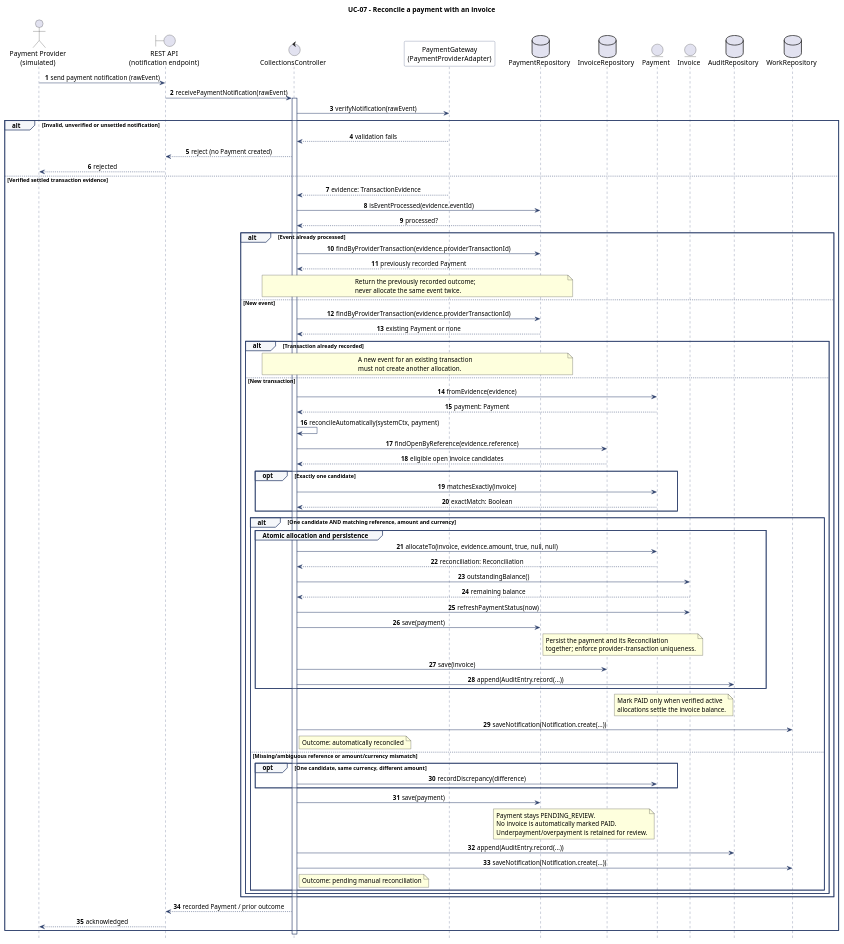
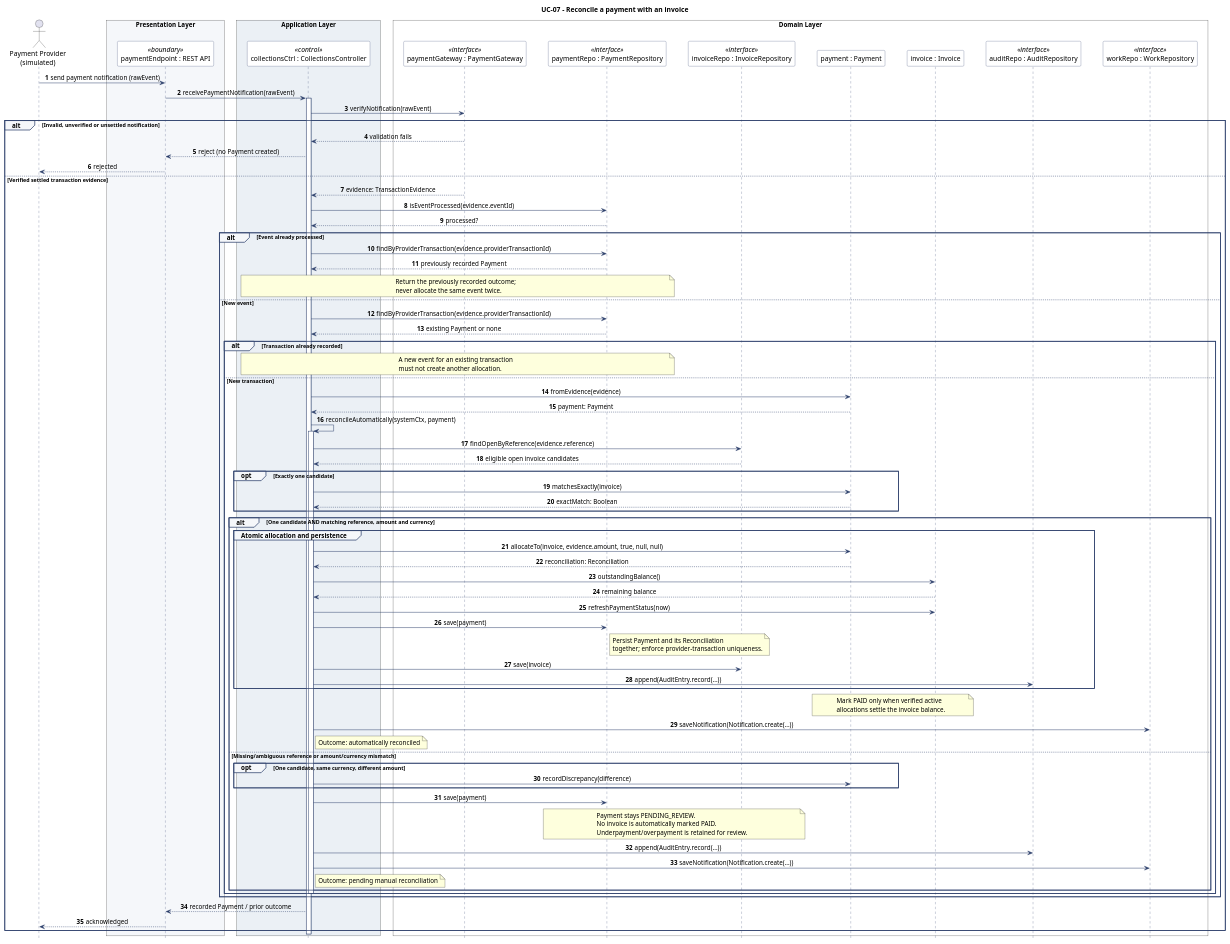
The diagram in doc/src/sequence-reconcile-payment.pu (atrevete-adap/adap-project), drawn with PlantUML before and after one commit.

Commit message:
fix: apply UML review corrections to payment sequence (#49)

```diff
--- a/doc/src/sequence-reconcile-payment.pu
+++ b/doc/src/sequence-reconcile-payment.pu
@@ -1,164 +1,155 @@
 @startuml sequence-reconcile-payment
 ' TurbineH - Submission 2 - Issue #49
-' Scenario: UC-07, validated notification from the simulated payment provider.
-' Based on class-diagram.pu (#45), component-diagram.pu (#46),
-' architecture.md (#43) and use-cases/UC-07.md.
+' UC-07: payment notification and reconciliation (simulated provider).
+' Consistent with domain #42, class #45, components #46 and PR #72 review.
 
 title UC-07 - Reconcile a payment with an invoice
 
 autonumber
 hide footbox
 skinparam shadowing false
 skinparam sequenceMessageAlign center
 skinparam ParticipantPadding 18
 skinparam BoxPadding 12
 skinparam responseMessageBelowArrow true
 
 skinparam sequence {
   ArrowColor #2B3E6A
   LifeLineBorderColor #2B3E6A
   ParticipantBorderColor #2B3E6A
   ParticipantBackgroundColor #FFFFFF
   GroupBorderColor #2B3E6A
   GroupBackgroundColor #F5F7FA
 }
 
-actor "Payment Provider\n(simulated)" as Provider
-boundary "REST API\n(notification endpoint)" as API
-control "CollectionsController" as Collections
-participant "PaymentGateway\n(PaymentProviderAdapter)" as Gateway
-database "PaymentRepository" as Payments
-database "InvoiceRepository" as Invoices
-entity "Payment" as PaymentEntity
-entity "Invoice" as InvoiceEntity
-database "AuditRepository" as Audit
-database "WorkRepository" as Work
+actor Provider as "Payment Provider\n(simulated)"
+
+box "Presentation Layer" #F5F7FA
+  participant API as "paymentEndpoint : REST API" <<boundary>>
+end box
+
+box "Application Layer" #EBF0F5
+  participant Collections as "collectionsCtrl : CollectionsController" <<control>>
+end box
+
+box "Domain Layer" #FFFFFF
+  participant Gateway as "paymentGateway : PaymentGateway" <<interface>>
+  participant Payments as "paymentRepo : PaymentRepository" <<interface>>
+  participant Invoices as "invoiceRepo : InvoiceRepository" <<interface>>
+  participant PaymentEntity as "payment : Payment"
+  participant InvoiceEntity as "invoice : Invoice"
+  participant Audit as "auditRepo : AuditRepository" <<interface>>
+  participant Work as "workRepo : WorkRepository" <<interface>>
+end box
 
 Provider -> API: send payment notification (rawEvent)
 API -> Collections: receivePaymentNotification(rawEvent)
 activate Collections
 
 Collections -> Gateway: verifyNotification(rawEvent)
 
 alt Invalid, unverified or unsettled notification
-
   Gateway --> Collections: validation fails
   Collections --> API: reject (no Payment created)
   API --> Provider: rejected
 
 else Verified settled transaction evidence
-
   Gateway --> Collections: evidence: TransactionEvidence
 
   Collections -> Payments: isEventProcessed(evidence.eventId)
   Payments --> Collections: processed?
 
   alt Event already processed
-
     Collections -> Payments: findByProviderTransaction(evidence.providerTransactionId)
     Payments --> Collections: previously recorded Payment
 
     note over Collections,Payments
       Return the previously recorded outcome;
       never allocate the same event twice.
     end note
 
   else New event
-
     Collections -> Payments: findByProviderTransaction(evidence.providerTransactionId)
     Payments --> Collections: existing Payment or none
 
     alt Transaction already recorded
-
       note over Collections,Payments
         A new event for an existing transaction
         must not create another allocation.
       end note
 
     else New transaction
-
       Collections -> PaymentEntity: fromEvidence(evidence)
       PaymentEntity --> Collections: payment: Payment
 
       Collections -> Collections: reconcileAutomatically(systemCtx, payment)
+      activate Collections
 
       Collections -> Invoices: findOpenByReference(evidence.reference)
       Invoices --> Collections: eligible open invoice candidates
 
       opt Exactly one candidate
-
         Collections -> PaymentEntity: matchesExactly(invoice)
         PaymentEntity --> Collections: exactMatch: Boolean
-
       end
 
       alt One candidate AND matching reference, amount and currency
-
         group Atomic allocation and persistence
-
           Collections -> PaymentEntity: allocateTo(invoice, evidence.amount, true, null, null)
           PaymentEntity --> Collections: reconciliation: Reconciliation
 
           Collections -> InvoiceEntity: outstandingBalance()
           InvoiceEntity --> Collections: remaining balance
-
           Collections -> InvoiceEntity: refreshPaymentStatus(now)
 
           Collections -> Payments: save(payment)
 
           note right of Payments
-            Persist the payment and its Reconciliation
+            Persist Payment and its Reconciliation
             together; enforce provider-transaction uniqueness.
           end note
 
           Collections -> Invoices: save(invoice)
-
           Collections -> Audit: append(AuditEntry.record(...))
-
         end
 
         note over PaymentEntity,InvoiceEntity
           Mark PAID only when verified active
           allocations settle the invoice balance.
         end note
 
         Collections -> Work: saveNotification(Notification.create(...))
 
         note right of Collections: Outcome: automatically reconciled
 
       else Missing/ambiguous reference or amount/currency mismatch
 
         opt One candidate, same currency, different amount
-
           Collections -> PaymentEntity: recordDiscrepancy(difference)
-
         end
 
         Collections -> Payments: save(payment)
 
         note over Payments,Invoices
           Payment stays PENDING_REVIEW.
           No invoice is automatically marked PAID.
           Underpayment/overpayment is retained for review.
         end note
 
         Collections -> Audit: append(AuditEntry.record(...))
-
         Collections -> Work: saveNotification(Notification.create(...))
 
         note right of Collections: Outcome: pending manual reconciliation
-
       end
 
+      deactivate Collections
     end
-
   end
 
   Collections --> API: recorded Payment / prior outcome
   API --> Provider: acknowledged
-
 end
 
 deactivate Collections
 
 @enduml
```
